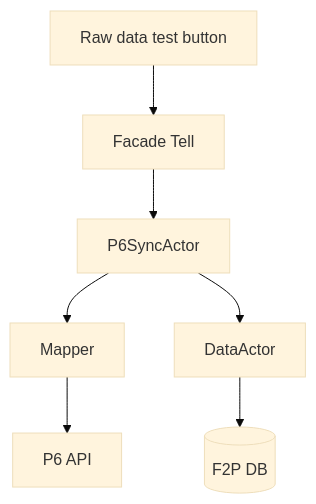
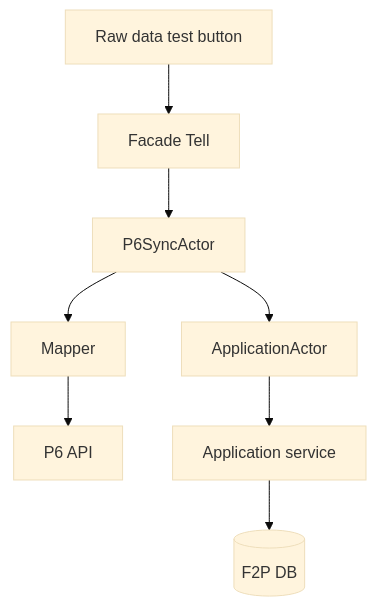
Before and after one commit to robbertF2P/Sandbox: the fifth of 6 diagrams in docs/floor2plan-akka-actor-integration-design.md, drawn with Mermaid (base theme). The commit also changed other lines of this file, not shown here.

Commit message:
Rename DataActor to ApplicationActor; add IoC and lifetime section

````diff
--- a/docs/floor2plan-akka-actor-integration-design.md
+++ b/docs/floor2plan-akka-actor-integration-design.md
@@ -134,9 +224,10 @@
 ```mermaid
 flowchart TB
   BTN["Raw data test button"] --> FACADE["Facade Tell"]
   FACADE --> P6["P6SyncActor"]
   P6 --> MAP["Mapper"]
   MAP --> P6API["P6 API"]
-  P6 --> DATA["DataActor"]
-  DATA --> DB[("F2P DB")]
+  P6 --> APP["ApplicationActor"]
+  APP --> SVC["Application service"]
+  SVC --> DB[("F2P DB")]
 ```
````
